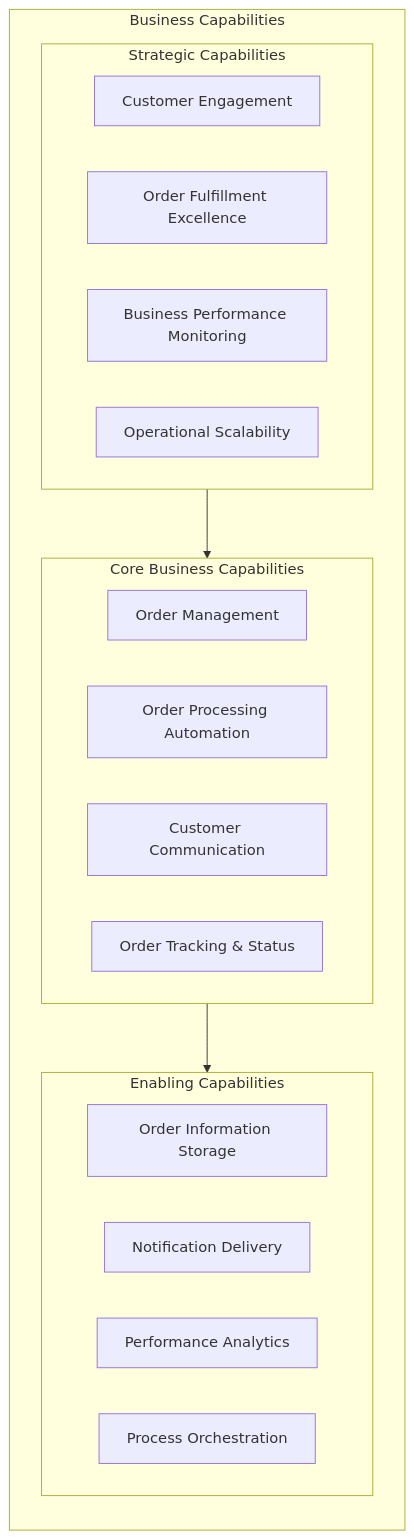
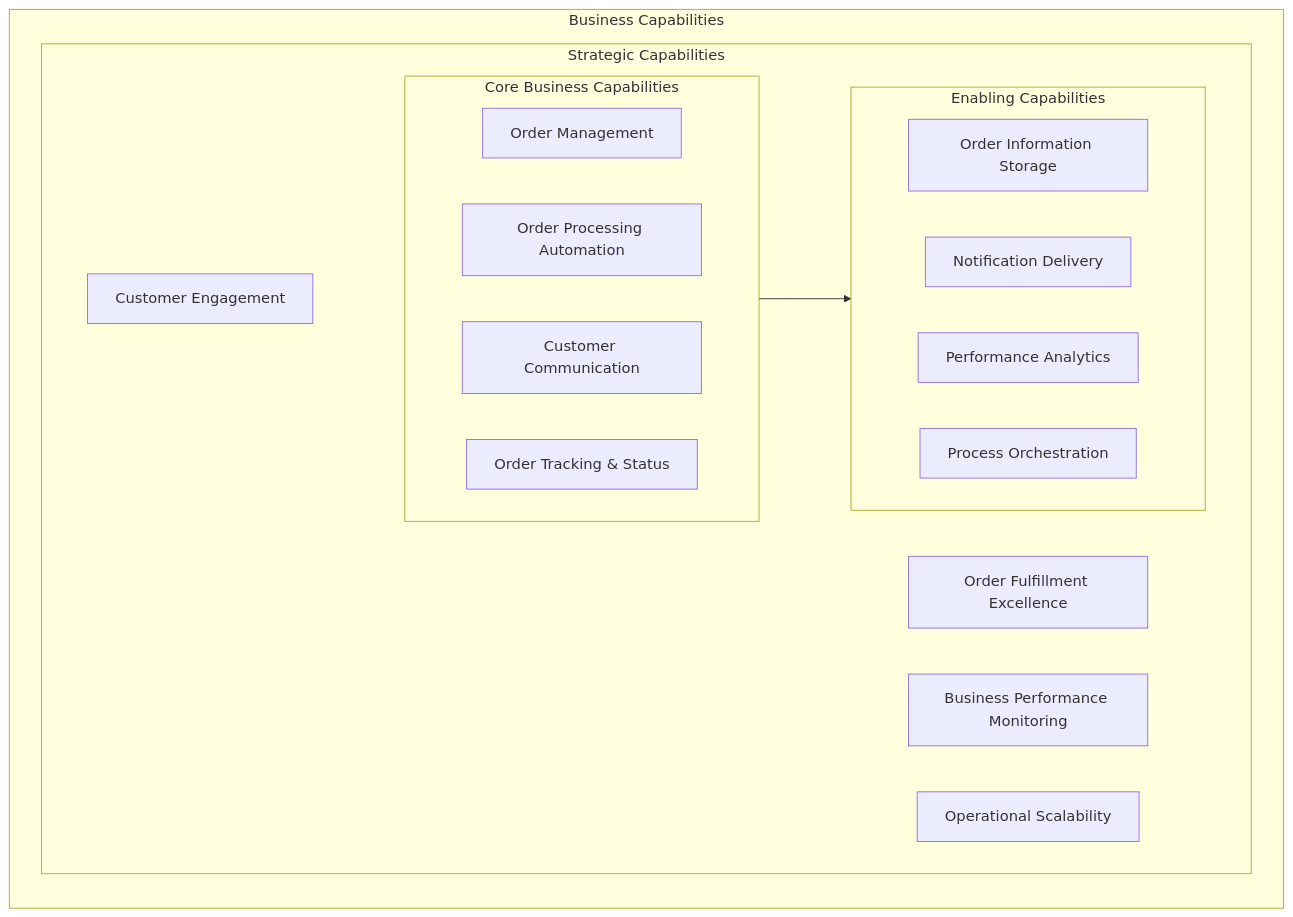
The first of 8 diagrams in docs/architecture/business-architecture.md (Evilazaro/Azure-LogicApps-Monitoring), drawn with Mermaid before and after one commit.

Commit message:
docs: Adjust flowchart structure for clarity in Business Capabilities section

````diff
--- a/docs/architecture/business-architecture.md
+++ b/docs/architecture/business-architecture.md
@@ -126,29 +126,30 @@
 ```mermaid
 flowchart TD
     subgraph businesscap["Business Capabilities"]
         direction TB
         subgraph strategic["Strategic Capabilities"]
             direction LR
             SC1["Customer Engagement"]
             SC2["Order Fulfillment Excellence"]
             SC3["Business Performance Monitoring"]
-            SC4["Operational Scalability"]        
+            SC4["Operational Scalability"]
+            subgraph core["Core Business Capabilities"]
+                direction LR
+                CC1["Order Management"]
+                CC2["Order Processing Automation"]
+                CC3["Customer Communication"]
+                CC4["Order Tracking & Status"]
+            end
+            subgraph enabling["Enabling Capabilities"]
+                direction LR
+                EC1["Order Information Storage"]
+                EC2["Notification Delivery"]
+                EC3["Performance Analytics"]
+                EC4["Process Orchestration"]
+            end        
         end
-        subgraph core["Core Business Capabilities"]
-            direction LR
-            CC1["Order Management"]
-            CC2["Order Processing Automation"]
-            CC3["Customer Communication"]
-            CC4["Order Tracking & Status"]
-        end
-        subgraph enabling["Enabling Capabilities"]
-            direction LR
-            EC1["Order Information Storage"]
-            EC2["Notification Delivery"]
-            EC3["Performance Analytics"]
-            EC4["Process Orchestration"]
-        end
+        
     end
     
     strategic --> core --> enabling
 ```
````
